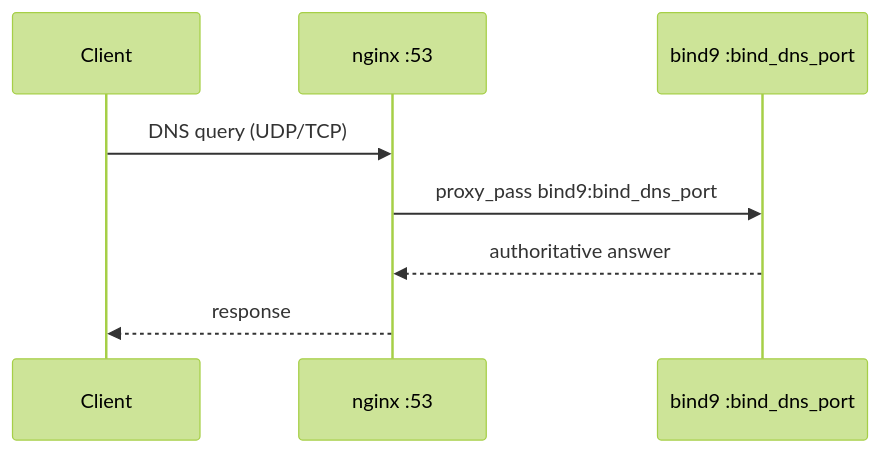
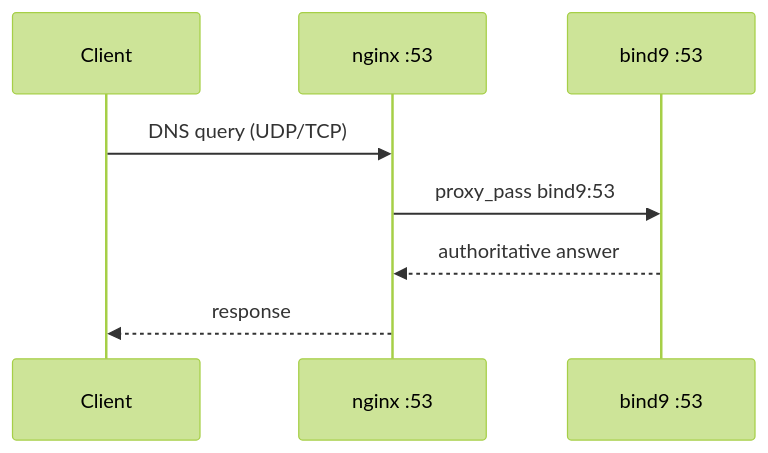
The second of 3 diagrams in README.md (archdukejim/core-template), drawn with Mermaid (forest theme) before and after one commit. The commit also changed other lines of this file and 7 other files, not shown here.

First line of the commit message:
fix: harden bind9 port isolation and add certificates vhost

````diff
--- a/README.md
+++ b/README.md
@@ -83,10 +83,10 @@
 ```mermaid
 sequenceDiagram
     participant C as Client
     participant N as nginx :53
-    participant B as bind9 :bind_dns_port
+    participant B as bind9 :53
     C->>N: DNS query (UDP/TCP)
-    N->>B: proxy_pass bind9:bind_dns_port
+    N->>B: proxy_pass bind9:53
     B-->>N: authoritative answer
     N-->>C: response
 ```
````
